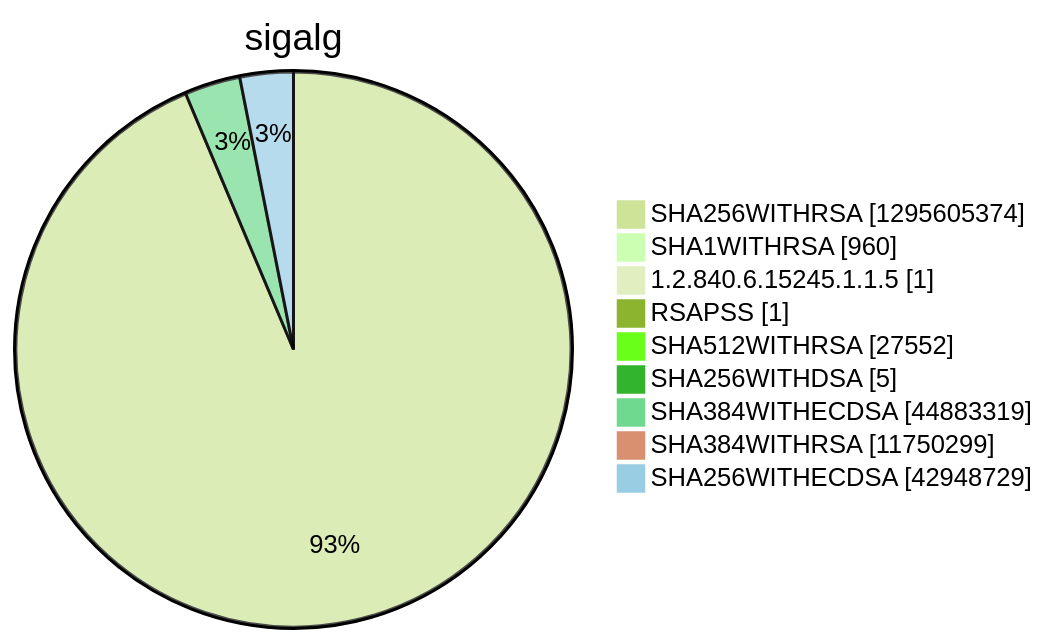
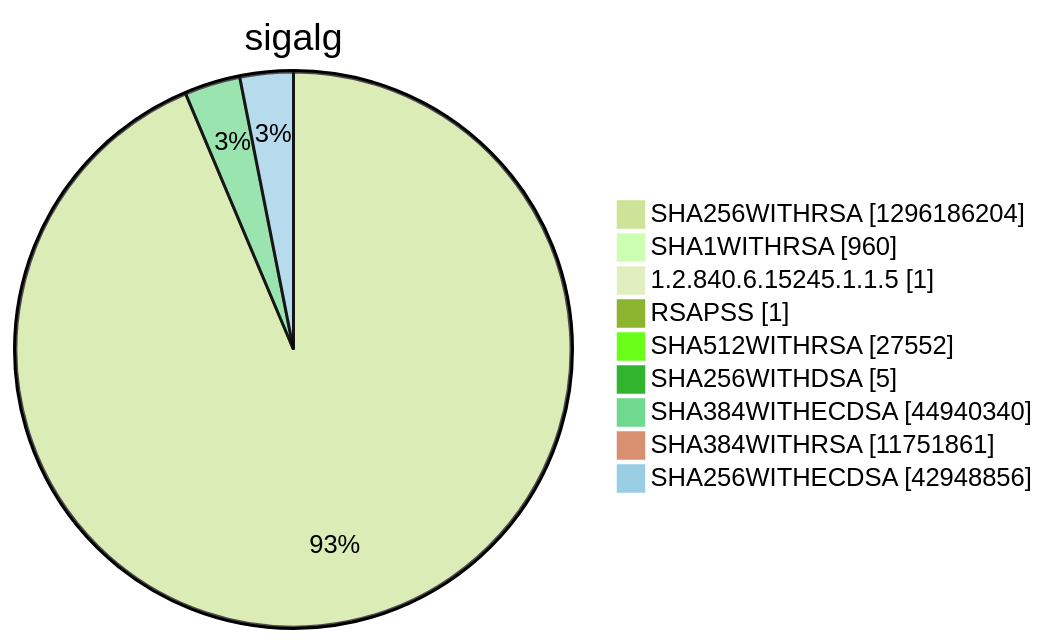
Diagram 15 of 15 in argon2022/README.md (christiankrug/ctmonitor_visualization), drawn with Mermaid (forest theme) before and after one commit. The commit also changed other lines of this file, not shown here.

````diff
--- a/argon2022/README.md
+++ b/argon2022/README.md
@@ -5523,13 +5523,13 @@
 ```mermaid
 pie showData
 title sigalg
-"SHA256WITHRSA" :1295605374
+"SHA256WITHRSA" :1296186204
 "SHA1WITHRSA" :960
 "1.2.840.6.15245.1.1.5" :1
 "RSAPSS" :1
 "SHA512WITHRSA" :27552
 "SHA256WITHDSA" :5
-"SHA384WITHECDSA" :44883319
-"SHA384WITHRSA" :11750299
-"SHA256WITHECDSA" :42948729
+"SHA384WITHECDSA" :44940340
+"SHA384WITHRSA" :11751861
+"SHA256WITHECDSA" :42948856
 ```
````
